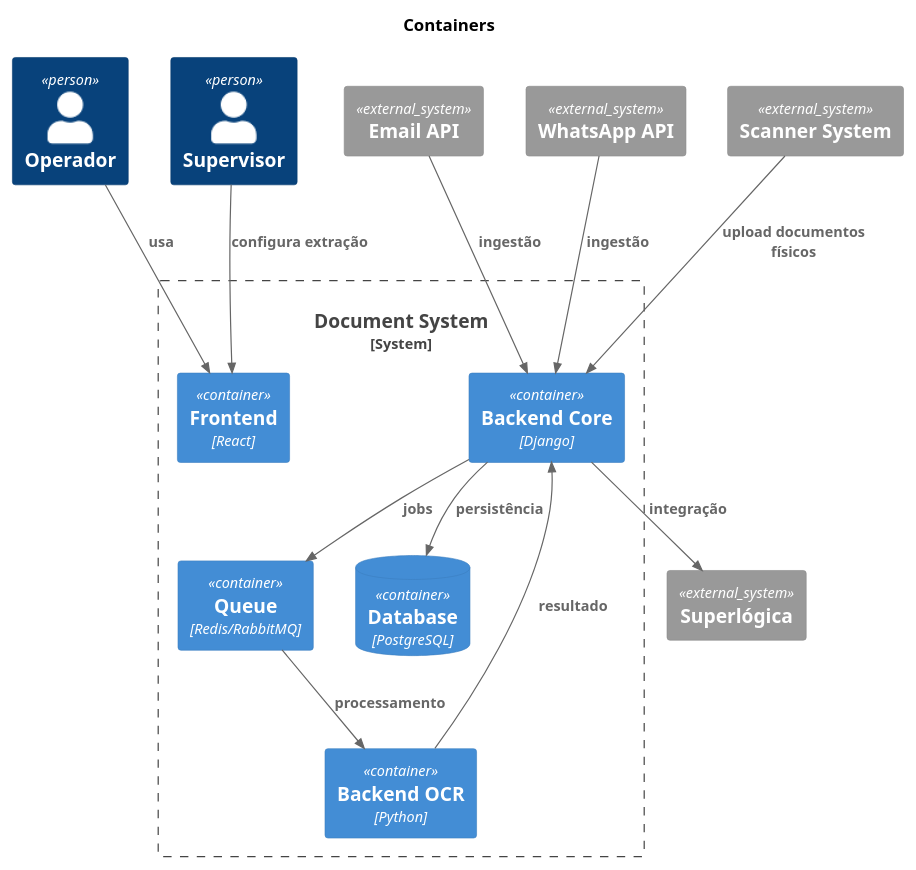
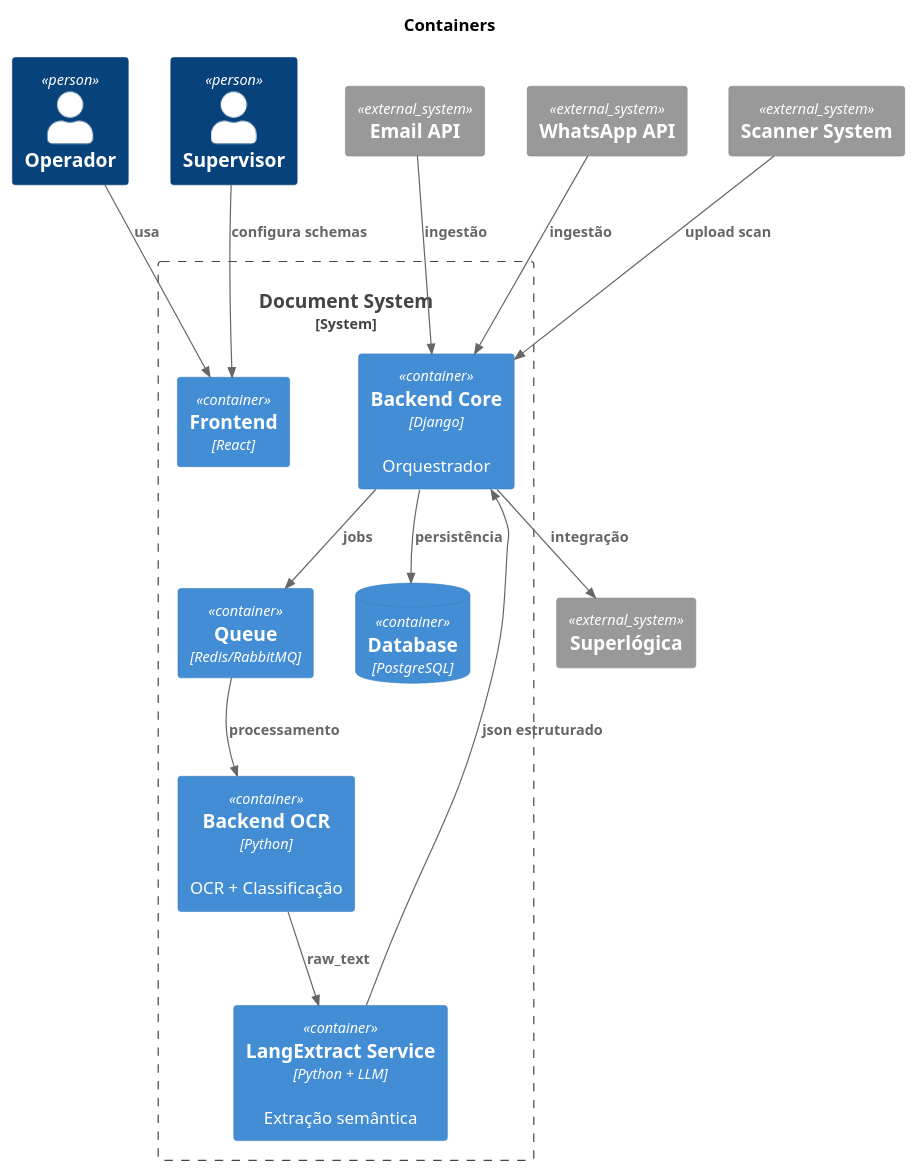
The diagram in docs/specs/containers.puml (InnoVoxAI/docuparser), drawn with PlantUML before and after one commit. The commit also changed 4 other files, not shown here.

```diff
--- a/docs/specs/containers.puml
+++ b/docs/specs/containers.puml
@@ -1,37 +1,39 @@
 @startuml
-!include https://raw.githubusercontent.com/plantuml-stdlib/C4-PlantUML/master/C4_Container.puml
+!includeurl https://raw.githubusercontent.com/plantuml-stdlib/C4-PlantUML/master/C4_Container.puml
 
 title Containers
 
 Person(operator, "Operador")
 Person(supervisor, "Supervisor")
 
 System_Boundary(system, "Document System") {
 
     Container(frontend, "Frontend", "React")
-    Container(core, "Backend Core", "Django")
-    Container(ocr, "Backend OCR", "Python")
+    Container(core, "Backend Core", "Django", "Orquestrador")
+    Container(ocr, "Backend OCR", "Python", "OCR + Classificação")
+    Container(langextract, "LangExtract Service", "Python + LLM", "Extração semântica")
     Container(queue, "Queue", "Redis/RabbitMQ")
     ContainerDb(db, "Database", "PostgreSQL")
 }
 
 System_Ext(email, "Email API")
 System_Ext(whatsapp, "WhatsApp API")
 System_Ext(scanner, "Scanner System")
 System_Ext(superlogica, "Superlógica")
 
 Rel(operator, frontend, "usa")
-Rel(supervisor, frontend, "configura extração")
+Rel(supervisor, frontend, "configura schemas")
 
 Rel(email, core, "ingestão")
 Rel(whatsapp, core, "ingestão")
-Rel(scanner, core, "upload documentos físicos")
+Rel(scanner, core, "upload scan")
 
 Rel(core, queue, "jobs")
 Rel(queue, ocr, "processamento")
-Rel(ocr, core, "resultado")
+Rel(ocr, langextract, "raw_text")
+Rel(langextract, core, "json estruturado")
 
 Rel(core, db, "persistência")
 Rel(core, superlogica, "integração")
 
 @enduml
```
